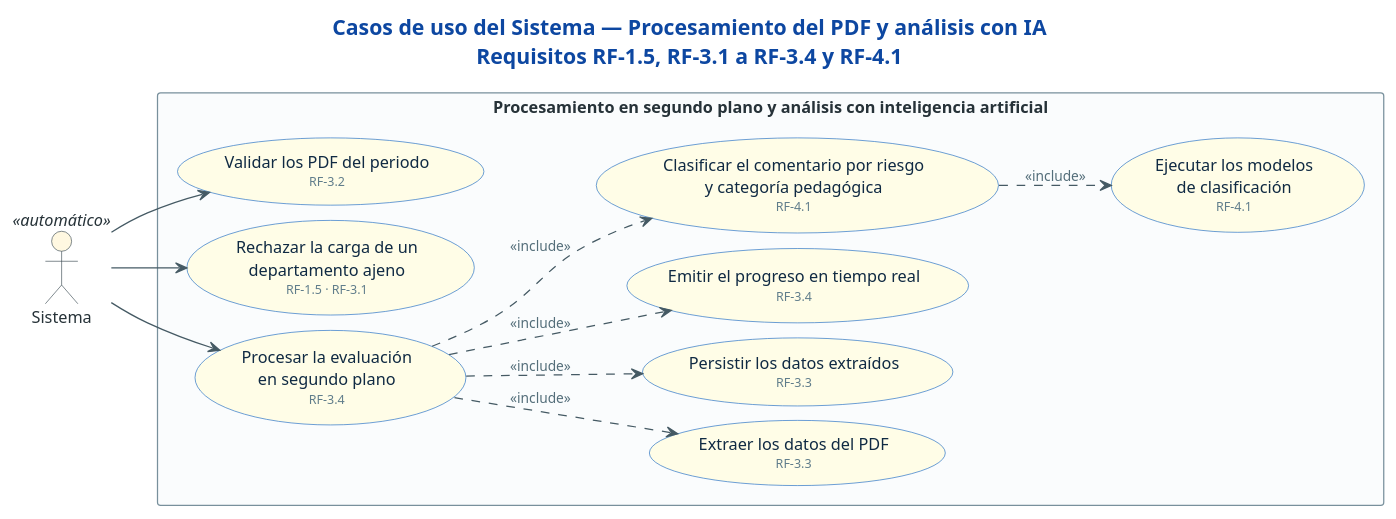
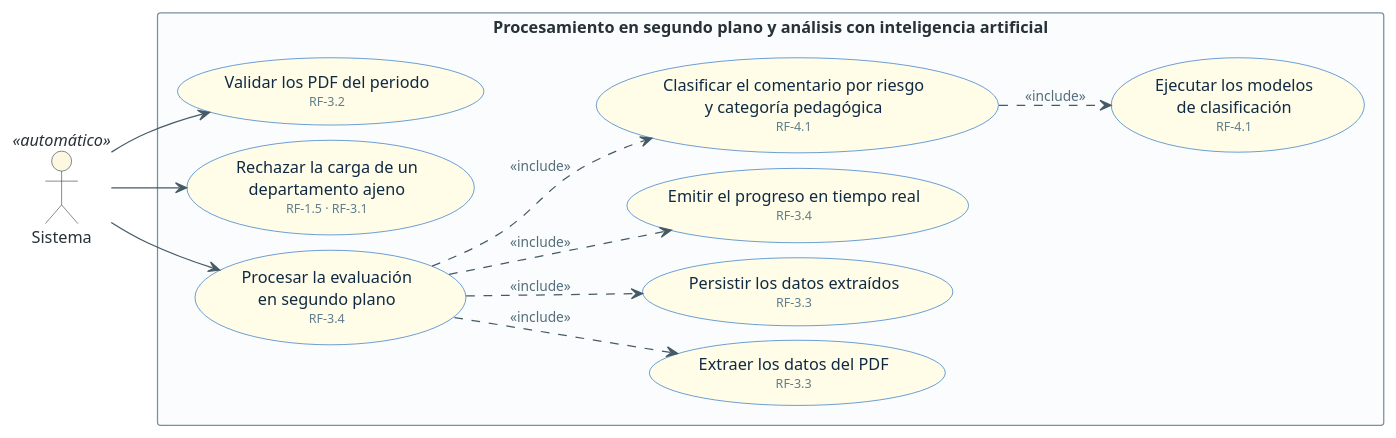
The diagram in docs/casos-de-uso/16-sistema-procesamiento-y-analisis.puml (sistema-evaluacion-docente/api.evd), drawn with PlantUML before and after one commit. The commit also changed 44 other files, not shown here.

First line of the commit message:
feat: add script to render use case diagrams to PDF

```diff
--- a/docs/casos-de-uso/16-sistema-procesamiento-y-analisis.puml
+++ b/docs/casos-de-uso/16-sistema-procesamiento-y-analisis.puml
@@ -1,60 +1,58 @@
 @startuml cu-16-sistema-procesamiento-y-analisis
 ' =============================================================================
 ' Sistema de Evaluación Docente (SET) — UFPS
 ' Fuente: Tabla 36 (actores) y Tabla 37 (requisitos funcionales) del documento de
 '         tesis, con la implementación de DistilUmbert-back y DistilUmbert-front.
 ' =============================================================================
-title Casos de uso del Sistema — Procesamiento del PDF y análisis con IA\nRequisitos RF-1.5, RF-3.1 a RF-3.4 y RF-4.1
-
 left to right direction
 
 skinparam backgroundColor #FFFFFF
 skinparam shadowing false
 skinparam defaultFontSize 13
 skinparam TitleFontSize 17
 skinparam TitleFontColor #0D47A1
 skinparam ArrowColor #455A64
 skinparam ArrowFontColor #546E7A
 skinparam ArrowFontSize 11
 skinparam nodesep 12
 skinparam ranksep 40
 skinparam actor {
   BackgroundColor #ECEFF1
   BorderColor #37474F
   FontColor #263238
 }
 skinparam usecase {
   BackgroundColor #E3F2FD
   BorderColor #1565C0
   FontColor #102A43
 }
 skinparam rectangle {
   BackgroundColor #FAFCFD
   BorderColor #78909C
   FontColor #263238
   FontStyle bold
 }
 
 actor "Sistema" as SYS <<automático>> #FFF8E1
 
 rectangle "Procesamiento en segundo plano y análisis con inteligencia artificial" {
   usecase "Validar los PDF del periodo\n<size:10><color:#607D8B>RF-3.2</color></size>" as S1 #FFFDE7
   usecase "Rechazar la carga de un\ndepartamento ajeno\n<size:10><color:#607D8B>RF-1.5 · RF-3.1</color></size>" as S2 #FFFDE7
   usecase "Procesar la evaluación\nen segundo plano\n<size:10><color:#607D8B>RF-3.4</color></size>" as S3 #FFFDE7
   usecase "Extraer los datos del PDF\n<size:10><color:#607D8B>RF-3.3</color></size>" as S4 #FFFDE7
   usecase "Persistir los datos extraídos\n<size:10><color:#607D8B>RF-3.3</color></size>" as S5 #FFFDE7
   usecase "Emitir el progreso en tiempo real\n<size:10><color:#607D8B>RF-3.4</color></size>" as S6 #FFFDE7
   usecase "Clasificar el comentario por riesgo\ny categoría pedagógica\n<size:10><color:#607D8B>RF-4.1</color></size>" as S8 #FFFDE7
   usecase "Ejecutar los modelos\nde clasificación\n<size:10><color:#607D8B>RF-4.1</color></size>" as S9 #FFFDE7
 }
 
 SYS --> S1
 SYS --> S2
 SYS --> S3
 
 S3 ..> S4 : <<include>>
 S3 ..> S5 : <<include>>
 S3 ..> S6 : <<include>>
 S3 ..> S8 : <<include>>
 S8 ..> S9 : <<include>>
 @enduml
```
